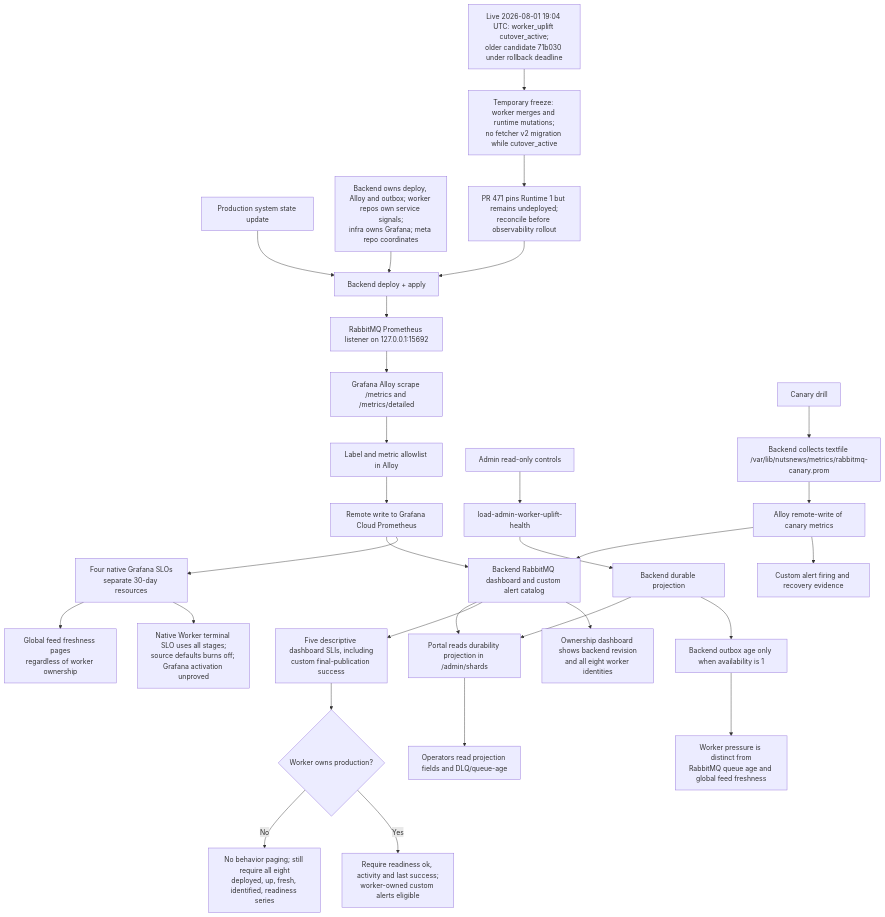
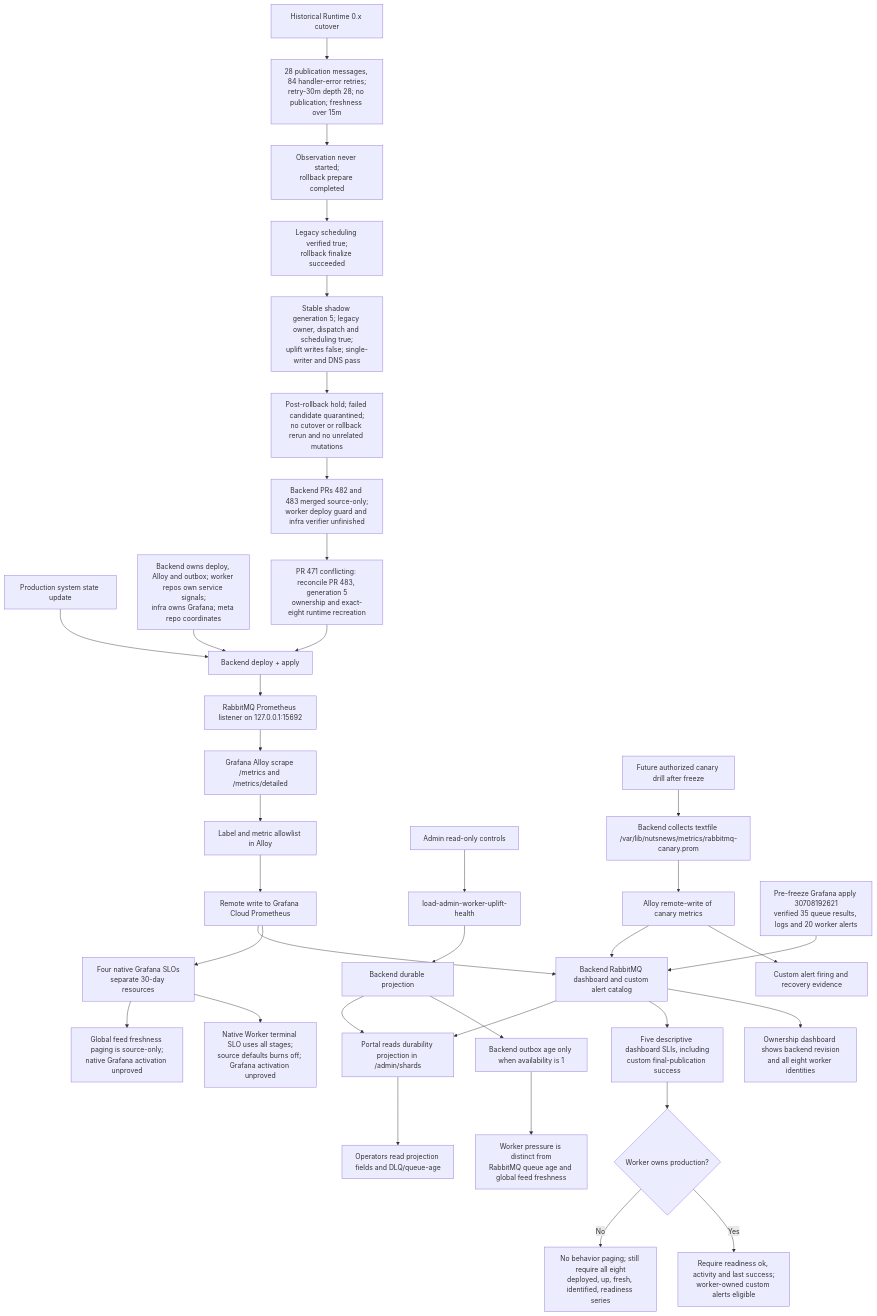
One commit to ramideltoro/nutsnews-docs changed the diagram in diagrams/NUTSNEWS_WORKER_UPLIFT_RABBITMQ_METRICS.mmd. Above: the diagram before and after it, drawn with Mermaid. The commit also changed 34 other files, not shown here.

Commit message:
docs(observability): reconcile production rollout state

```diff
--- a/diagrams/NUTSNEWS_WORKER_UPLIFT_RABBITMQ_METRICS.mmd
+++ b/diagrams/NUTSNEWS_WORKER_UPLIFT_RABBITMQ_METRICS.mmd
@@ -1,38 +1,44 @@
 flowchart TD
   accTitle: NutsNews Worker-Uplift RabbitMQ telemetry and guardrails
   accDescr {
     Backend Alloy collects bounded RabbitMQ and canary metrics. The Worker SLI
     dashboard and custom rules remain separate from the four native Grafana SLOs,
     and worker-owned paging is gated by production ownership.
   }
   A["Production system state update"] --> B["Backend deploy + apply"]
   Owners["Backend owns deploy, Alloy and outbox; worker repos own service signals;\ninfra owns Grafana; meta repo coordinates"] --> B
   B --> C["RabbitMQ Prometheus listener on 127.0.0.1:15692"]
   C --> D["Grafana Alloy scrape /metrics and /metrics/detailed"]
   D --> E["Label and metric allowlist in Alloy"]
   E --> F["Remote write to Grafana Cloud Prometheus"]
   F --> G["Backend RabbitMQ dashboard and custom alert catalog"]
   G --> H["Portal reads durability projection in /admin/shards"]
   H --> I["Operators read projection fields and DLQ/queue-age"]
 
   J["Admin read-only controls"] --> K["load-admin-worker-uplift-health"]
   K --> L["Backend durable projection"]
   L --> H
 
-  M["Canary drill"] --> N["Backend collects textfile /var/lib/nutsnews/metrics/rabbitmq-canary.prom"]
+  M["Future authorized canary drill after freeze"] --> N["Backend collects textfile /var/lib/nutsnews/metrics/rabbitmq-canary.prom"]
   N --> O["Alloy remote-write of canary metrics"]
   O --> G
   O --> P["Custom alert firing and recovery evidence"]
   G --> Q["Five descriptive dashboard SLIs, including\ncustom final-publication success"]
   Q --> R{"Worker owns production?"}
   R -->|"No"| S["No behavior paging; still require all eight\ndeployed, up, fresh, identified, readiness series"]
   R -->|"Yes"| T["Require readiness ok, activity and last success;\nworker-owned custom alerts eligible"]
-  Live["Live 2026-08-01 19:04 UTC: worker_uplift cutover_active;\nolder candidate 71b030 under rollback deadline"] --> Freeze["Temporary freeze: worker merges and runtime mutations;\nno fetcher v2 migration while cutover_active"]
-  Freeze --> Reconcile["PR 471 pins Runtime 1 but remains undeployed;\nreconcile before observability rollout"]
+  Incident["Historical Runtime 0.x cutover"] --> Failure["28 publication messages, 84 handler-error retries;\nretry-30m depth 28; no publication; freshness over 15m"]
+  Failure --> Prepare["Observation never started;\nrollback prepare completed"]
+  Prepare --> Finalize["Legacy scheduling verified true;\nrollback finalize succeeded"]
+  Finalize --> Stable["Stable shadow generation 5; legacy owner, dispatch and scheduling true;\nuplift writes false; single-writer and DNS pass"]
+  Stable --> Freeze["Post-rollback hold; failed candidate quarantined;\nno cutover or rollback rerun and no unrelated mutations"]
+  Freeze --> Guards["Backend PRs 482 and 483 merged source-only;\nworker deploy guard and infra verifier unfinished"]
+  Guards --> Reconcile["PR 471 conflicting: reconcile PR 483, generation 5\nownership and exact-eight runtime recreation"]
   Reconcile --> B
   F --> U["Four native Grafana SLOs\nseparate 30-day resources"]
-  U --> V["Global feed freshness pages\nregardless of worker ownership"]
+  U --> V["Global feed freshness paging is source-only;\nnative Grafana activation unproved"]
   U --> W["Native Worker terminal SLO uses all stages;\nsource defaults burns off; Grafana activation unproved"]
   L --> X["Backend outbox age only when availability is 1"]
   X --> Y["Worker pressure is distinct from\nRabbitMQ queue age and global feed freshness"]
   G --> Z["Ownership dashboard shows backend revision\nand all eight worker identities"]
+  Baseline["Pre-freeze Grafana apply 30708192621\nverified 35 queue results, logs and 20 worker alerts"] --> G
```
